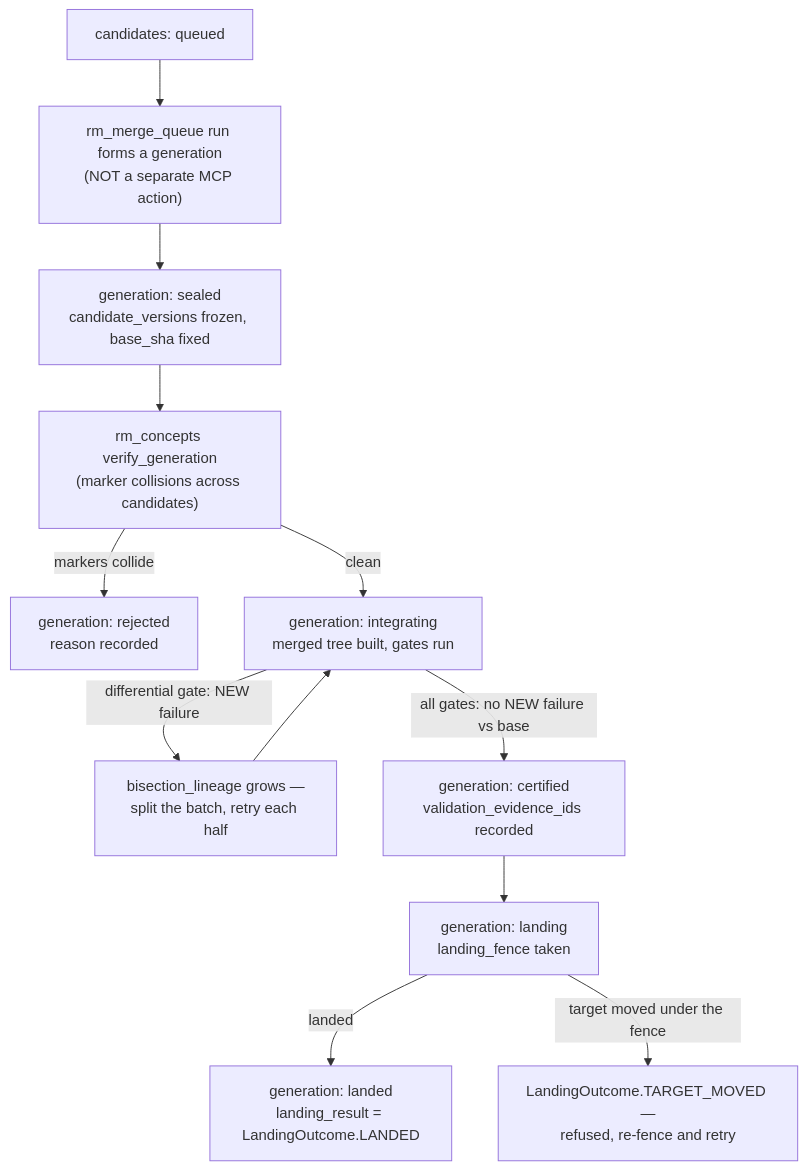
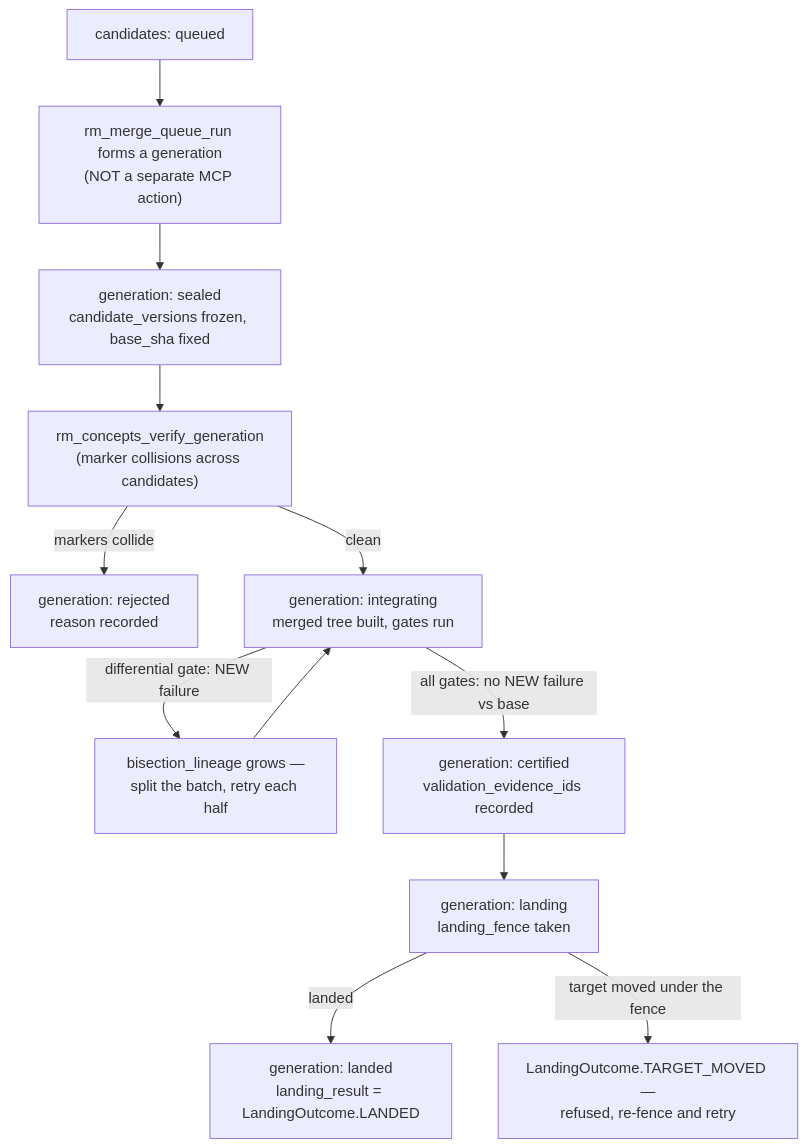
Before and after one commit to Knuckles-Team/repository-manager: the diagram in repository_manager/skills/repository-manager-candidate-certification/SKILL.md, drawn with Mermaid. The commit also changed other lines of this file and 33 other files, not shown here.

````diff
--- a/repository_manager/skills/repository-manager-candidate-certification/SKILL.md
+++ b/repository_manager/skills/repository-manager-candidate-certification/SKILL.md
@@ -89,14 +89,14 @@
 ```mermaid
 flowchart TD
-    Q["candidates: queued"] --> Form["rm_merge_queue run forms a generation<br/>(NOT a separate MCP action)"]
+    Q["candidates: queued"] --> Form["rm_merge_queue_run forms a generation<br/>(NOT a separate MCP action)"]
     Form --> Seal["generation: sealed<br/>candidate_versions frozen, base_sha fixed"]
-    Seal --> Verify["rm_concepts verify_generation<br/>(marker collisions across candidates)"]
+    Seal --> Verify["rm_concepts_verify_generation<br/>(marker collisions across candidates)"]
     Verify -->|"markers collide"| Rejected["generation: rejected<br/>reason recorded"]
     Verify -->|"clean"| Integrate["generation: integrating<br/>merged tree built, gates run"]
     Integrate -->|"differential gate: NEW failure"| Bisect["bisection_lineage grows —<br/>split the batch, retry each half"]
     Bisect --> Integrate
     Integrate -->|"all gates: no NEW failure vs base"| Certified["generation: certified<br/>validation_evidence_ids recorded"]
     Certified --> Landing["generation: landing<br/>landing_fence taken"]
     Landing -->|"landed"| Landed["generation: landed<br/>landing_result = LandingOutcome.LANDED"]
     Landing -->|"target moved under the fence"| Moved["LandingOutcome.TARGET_MOVED —<br/>refused, re-fence and retry"]
 ```
````
